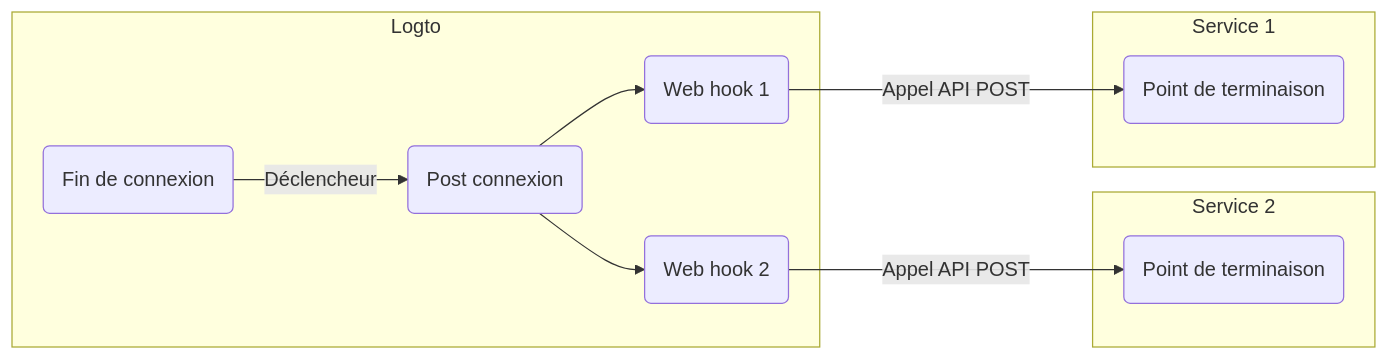
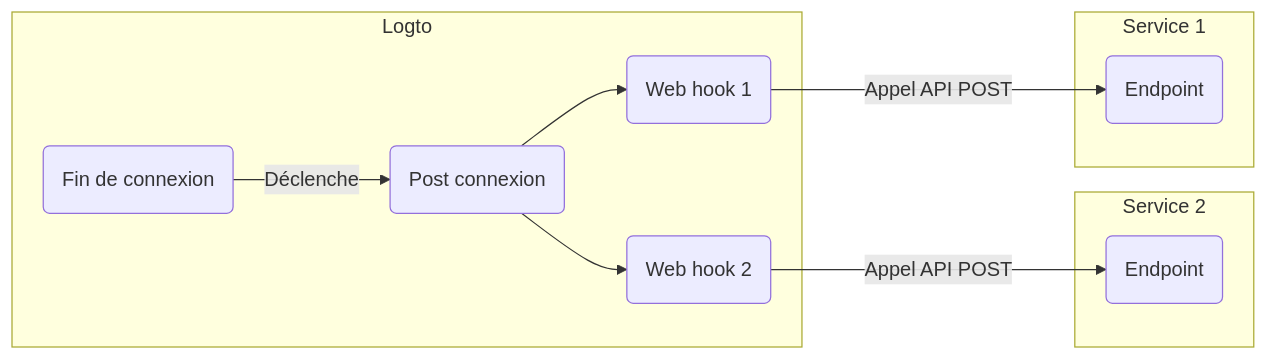
One commit to logto-io/docs changed the diagram in i18n/fr/docusaurus-plugin-content-docs/current/developers/webhooks/README.mdx. Above: the diagram before and after it, drawn with Mermaid. The commit also changed other lines of this file and 428 other files, not shown here.

````diff
--- a/i18n/fr/docusaurus-plugin-content-docs/current/developers/webhooks/README.mdx
+++ b/i18n/fr/docusaurus-plugin-content-docs/current/developers/webhooks/README.mdx
@@ -36,24 +36,24 @@
 ```mermaid
 graph LR
   subgraph Logto
     SF(Fin de connexion)
     PS(Post connexion)
     WH2(Web hook 2)
     WH1(Web hook 1)
   end
 
   subgraph Service 2
-    E2(Point de terminaison)
+    E2(Endpoint)
   end
 
   subgraph Service 1
-    E1(Point de terminaison)
+    E1(Endpoint)
   end
 
-  SF -->|Déclencheur| PS
+  SF -->|Déclenche| PS
   PS --> WH1
   PS --> WH2
   WH1 --->|Appel API POST| E1
   WH2 --->|Appel API POST| E2
 
 ```
````
